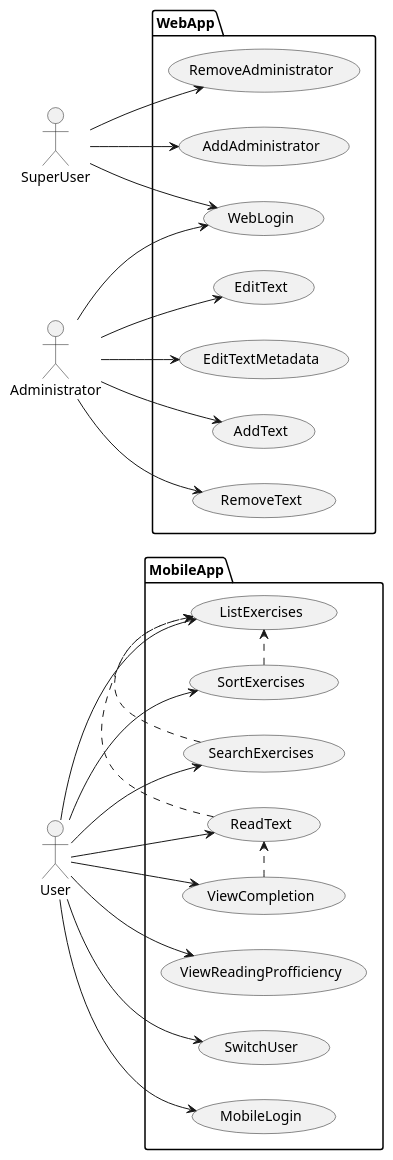
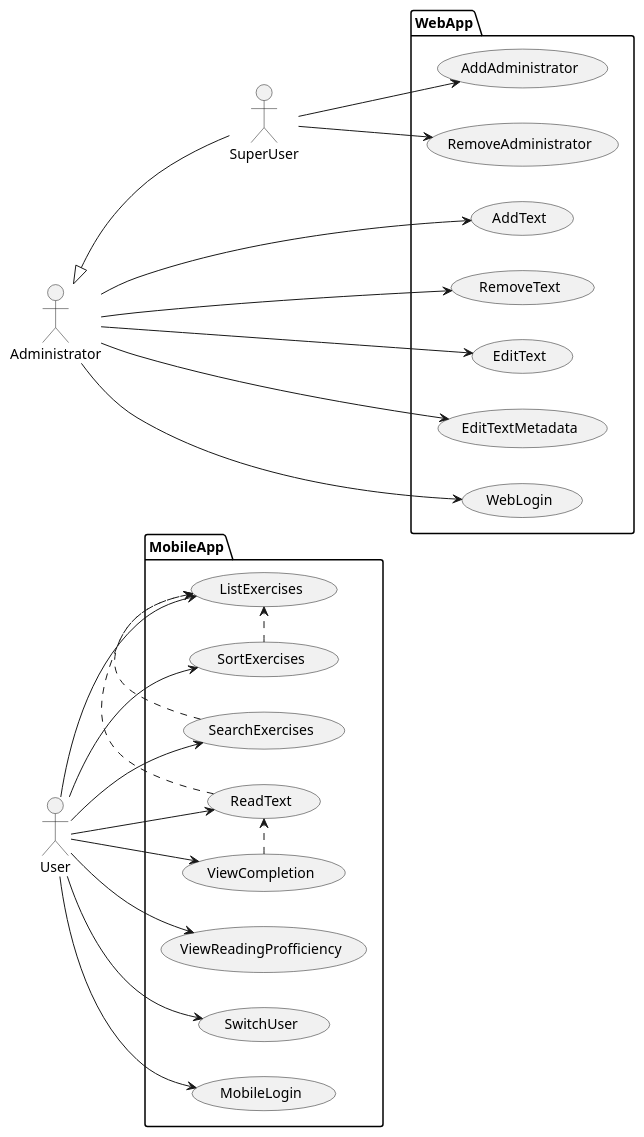
The diagram in usecases.plantuml (vvihorev/readingApp-junk), drawn with PlantUML before and after one commit.

Commit message:
Update usecases.plantuml
change by Ambre

```diff
--- a/usecases.plantuml
+++ b/usecases.plantuml
@@ -1,37 +1,33 @@
 left to right direction
 
 SuperUser as sudo
 Administrator as admin
 User as user
 
 package MobileApp {
     user -> (ListExercises)
     user -> (SortExercises)
     user -> (SearchExercises)
-
     (SearchExercises) .> (ListExercises)
     (SortExercises) .> (ListExercises)
     (ReadText) .> (ListExercises)
 
     user -> (ReadText)
     user -> (ViewCompletion)
     user -> (ViewReadingProfficiency)
-
     (ViewCompletion) .> (ReadText)
 
     user --> (SwitchUser)
     user --> (MobileLogin)
 }
 
 package WebApp {
+    admin <|-- sudo
     sudo --> (AddAdministrator)
     sudo --> (RemoveAdministrator)
-    
     admin --> (AddText)
     admin --> (RemoveText)
     admin --> (EditText)
     admin --> (EditTextMetadata)
-
-    sudo --> (WebLogin)
     admin --> (WebLogin)
 }
```
